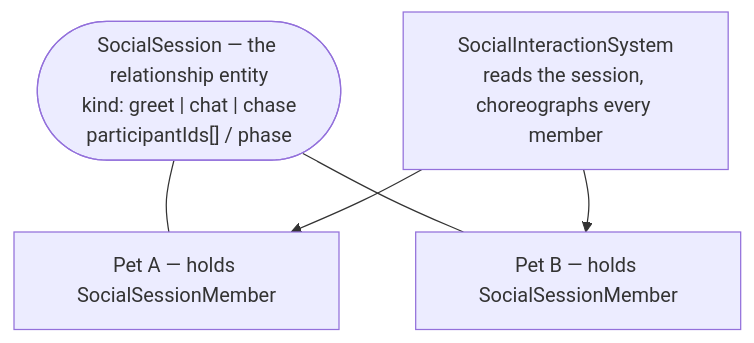
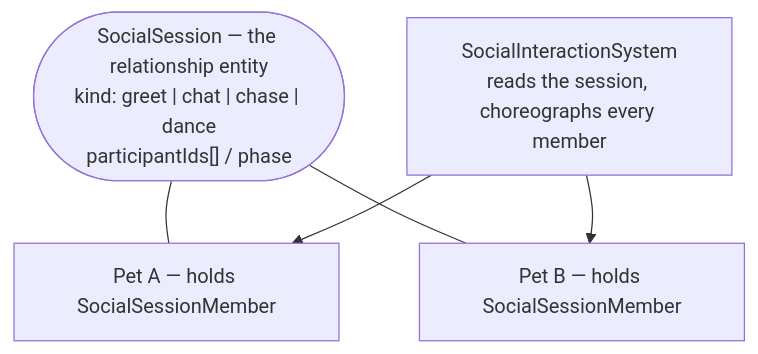
The third of 3 diagrams in CONTEXT.md (young1the/pets-driven), drawn with Mermaid before and after one commit. The commit also changed other lines of this file and 9 other files, not shown here.

Commit message:
feat(pets): add social dance sessions

````diff
--- a/CONTEXT.md
+++ b/CONTEXT.md
@@ -417,12 +417,12 @@
 ```mermaid
 flowchart TD
-    Session(["SocialSession — the relationship entity<br/>kind: greet | chat | chase<br/>participantIds[] / phase"])
+    Session(["SocialSession — the relationship entity<br/>kind: greet | chat | chase | dance<br/>participantIds[] / phase"])
     PetA["Pet A — holds SocialSessionMember"]
     PetB["Pet B — holds SocialSessionMember"]
     System["SocialInteractionSystem<br/>reads the session, choreographs every member"]
 
     Session --- PetA
     Session --- PetB
     System --> PetA
     System --> PetB
 ```
````
